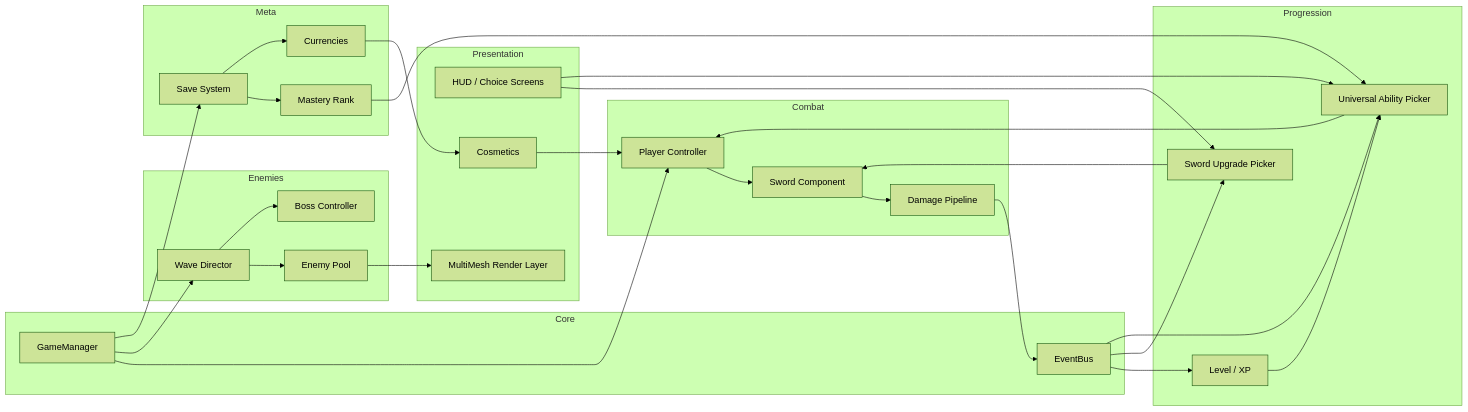
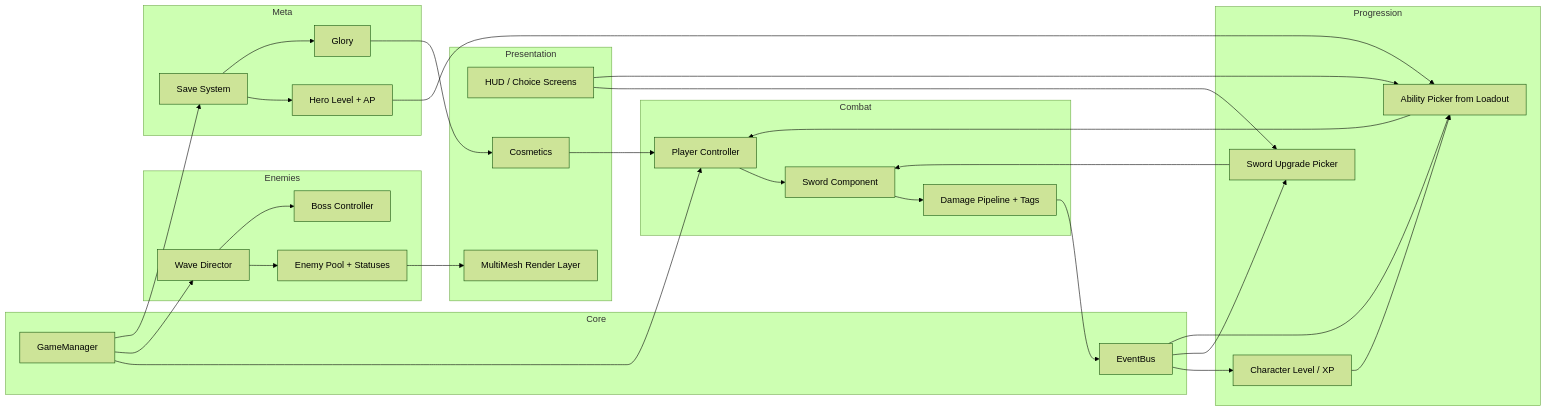
One commit to jamesdileva/OVERSIZED changed the second of 2 diagrams in docs/architecture.md. Above: the diagram before and after it, drawn with Mermaid (forest theme). The commit also changed other lines of this file and 4 other files, not shown here.

````diff
--- a/docs/architecture.md
+++ b/docs/architecture.md
@@ -126,55 +189,55 @@
 ```mermaid
 graph LR
     subgraph Core
         GM[GameManager]
         EB[EventBus]
     end
     subgraph Combat
         PC[Player Controller]
         SW[Sword Component]
-        DMG[Damage Pipeline]
+        DMG[Damage Pipeline + Tags]
     end
     subgraph Enemies
         WD[Wave Director]
-        POOL[Enemy Pool]
+        POOL[Enemy Pool + Statuses]
         BOSS[Boss Controller]
     end
     subgraph Progression
-        LVL[Level / XP]
+        LVL[Character Level / XP]
         SPICK[Sword Upgrade Picker]
-        APICK[Universal Ability Picker]
+        APICK[Ability Picker from Loadout]
     end
     subgraph Meta
         SAVE[Save System]
-        MASTERY[Mastery Rank]
-        CURR[Currencies]
+        HL[Hero Level + AP]
+        GLORY[Glory]
     end
     subgraph Presentation
         HUD[HUD / Choice Screens]
         COSM[Cosmetics]
         FX[MultiMesh Render Layer]
     end
 
     GM --> PC
     GM --> WD
     GM --> SAVE
     EB --> LVL
     EB --> SPICK
     EB --> APICK
     PC --> SW
     SW --> DMG
     DMG --> EB
     WD --> POOL
     WD --> BOSS
     POOL --> FX
     LVL --> APICK
     SPICK --> SW
     APICK --> PC
-    SAVE --> MASTERY
-    SAVE --> CURR
-    MASTERY --> APICK
-    CURR --> COSM
+    SAVE --> HL
+    SAVE --> GLORY
+    HL --> APICK
+    GLORY --> COSM
     COSM --> PC
     HUD --> SPICK
     HUD --> APICK
 ```
````
